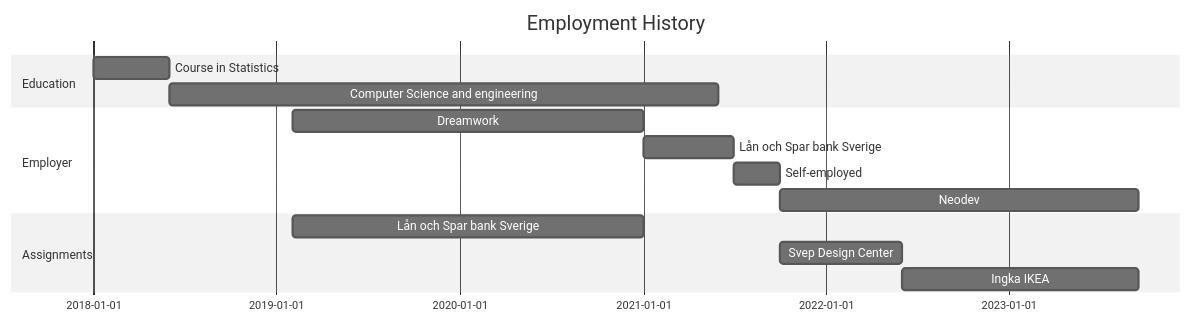
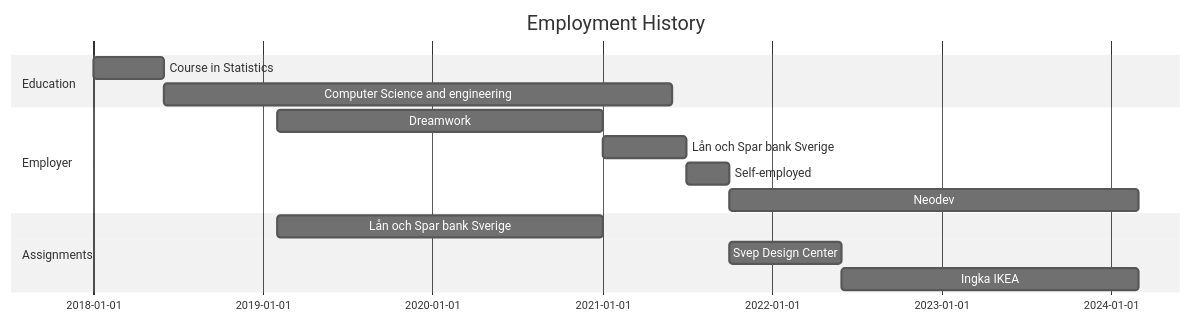
One commit to ridulfo/nicolo.se changed the diagram in employment-diagram.md. Above: the diagram before and after it, drawn with Mermaid (neutral theme). The commit also changed 2 other files, not shown here.

Commit message:
Update SVGs

````diff
--- a/employment-diagram.md
+++ b/employment-diagram.md
@@ -1,18 +1,18 @@
 ```mermaid
 gantt
     title Employment History
     todayMarker off
     dateFormat  YYYY-MM-DD
     section Education
     Course in Statistics             :2018-01-01, 2018-06-01
     Computer Science and engineering :2018-06-01, 2021-06-01
     section Employer
     Dreamwork                        :2019-02-01, 2021-01-01
     Lån och Spar bank Sverige        :2021-01-01, 2021-07-01
     Self-employed                    :2021-07-01, 2021-10-01 
-    Neodev                           :2021-10-01, 2023-09-16
+    Neodev                           :2021-10-01, 2024-03-01
     section Assignments
     Lån och Spar bank Sverige        :2019-02-01, 2021-01-01
     Svep Design Center               :2021-10-01, 2022-06-01
-    Ingka IKEA                       :2022-06-01, 2023-09-16
+    Ingka IKEA                       :2022-06-01, 2024-03-01
 ```
````
